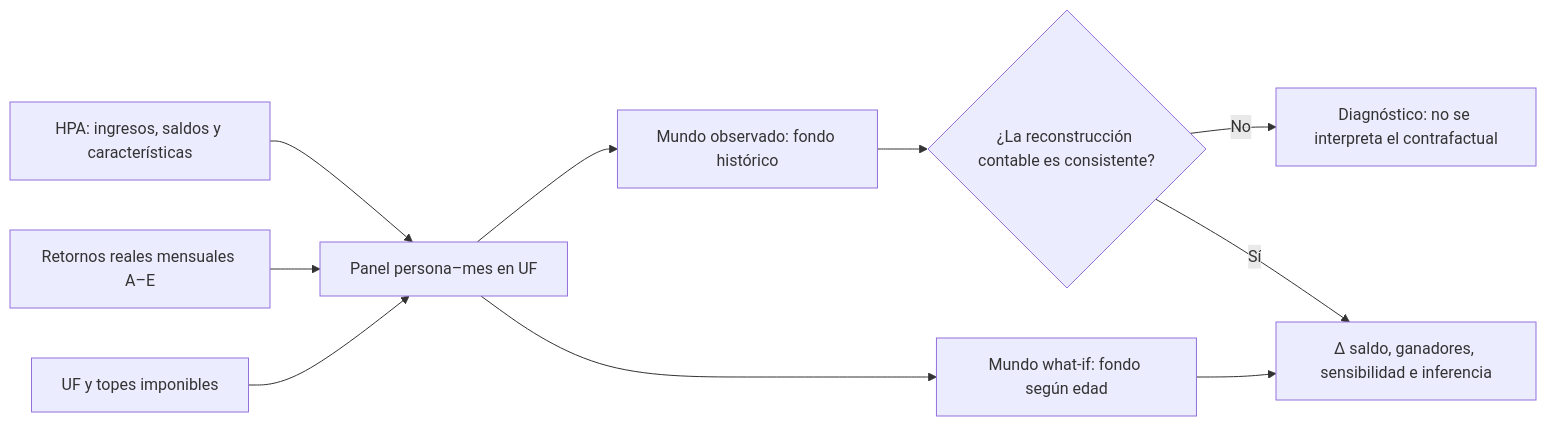
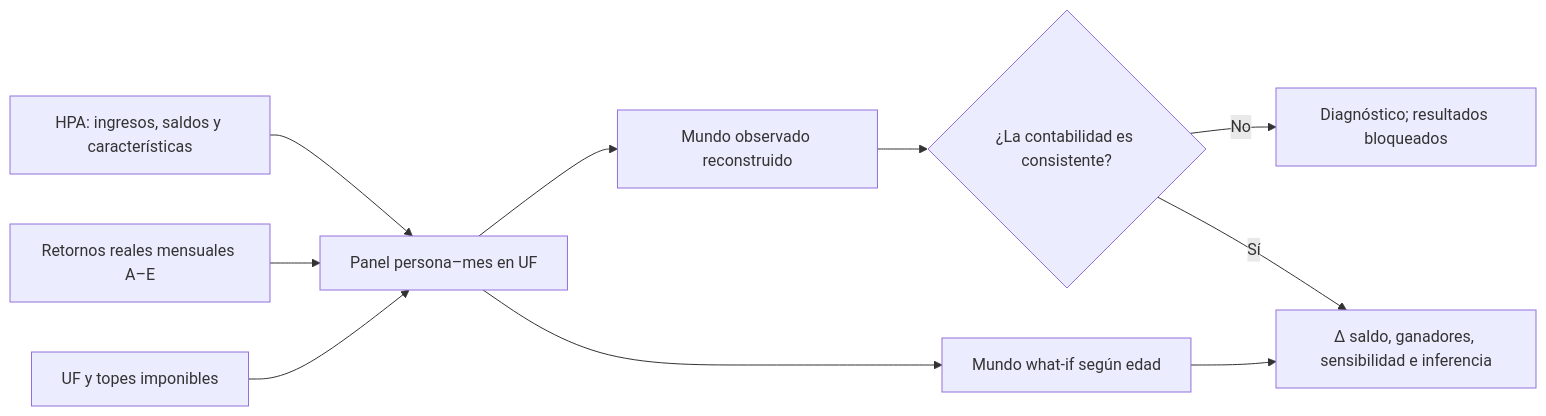
The second of 2 diagrams in README.md (javiertapia01/Ciencia2030-gemelo-digital-), drawn with Mermaid before and after one commit. The commit also changed other lines of this file, not shown here.

````diff
--- a/README.md
+++ b/README.md
@@ -28,12 +122,12 @@
 ```mermaid
 flowchart LR
     HPA["HPA: ingresos, saldos y características"] --> PREP["Panel persona–mes en UF"]
     RET["Retornos reales mensuales A–E"] --> PREP
     PAR["UF y topes imponibles"] --> PREP
-    PREP --> OBS["Mundo observado: fondo histórico"]
-    PREP --> WI["Mundo what-if: fondo según edad"]
-    OBS --> GATE{"¿La reconstrucción contable es consistente?"}
-    GATE -- "No" --> DIAG["Diagnóstico: no se interpreta el contrafactual"]
+    PREP --> OBS["Mundo observado reconstruido"]
+    PREP --> WI["Mundo what-if según edad"]
+    OBS --> GATE{"¿La contabilidad es consistente?"}
+    GATE -- "No" --> DIAG["Diagnóstico; resultados bloqueados"]
     GATE -- "Sí" --> RESULT["Δ saldo, ganadores, sensibilidad e inferencia"]
     WI --> RESULT
 ```
````
